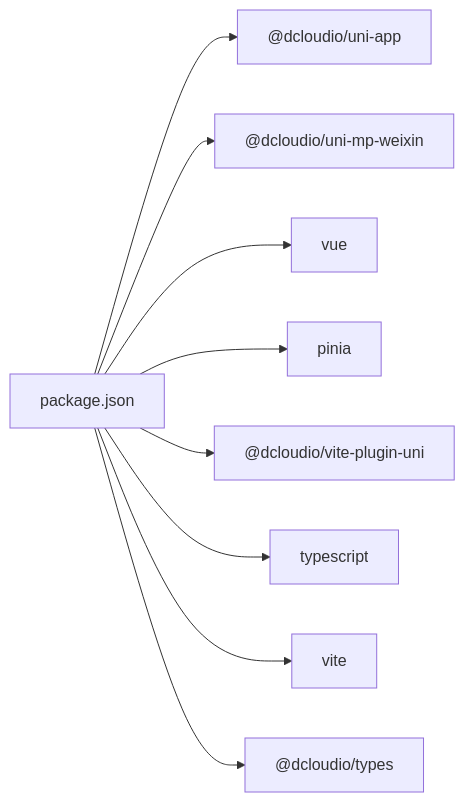
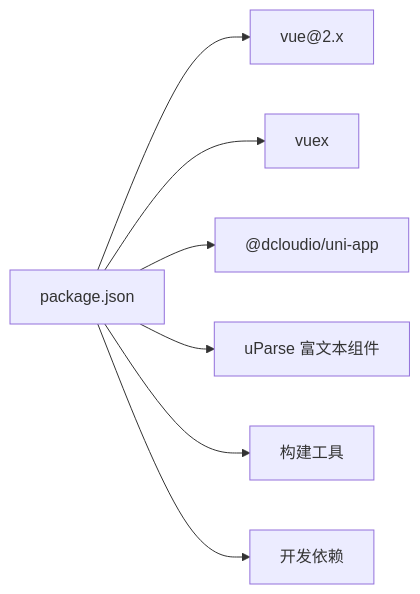
One commit to QtImM/wechatMiniprogram_Store changed the sixth of 6 diagrams in .qoder/repowiki/zh/content/前端架构设计/小程序整体架构.md. Above: the diagram before and after it, drawn with Mermaid. The commit also changed other lines of this file and 109 other files, not shown here.

````diff
--- a/.qoder/repowiki/zh/content/前端架构设计/小程序整体架构.md
+++ b/.qoder/repowiki/zh/content/前端架构设计/小程序整体架构.md
@@ -236,11 +230,9 @@
 ```mermaid
 graph LR
-P["package.json"] --> D1["@dcloudio/uni-app"]
-P --> D2["@dcloudio/uni-mp-weixin"]
-P --> D3["vue"]
-P --> D4["pinia"]
-P --> DD1["@dcloudio/vite-plugin-uni"]
-P --> DD2["typescript"]
-P --> DD3["vite"]
-P --> DD4["@dcloudio/types"]
+P["package.json"] --> D1["vue@2.x"]
+P --> D2["vuex"]
+P --> D3["@dcloudio/uni-app"]
+P --> D4["uParse 富文本组件"]
+P --> DD1["构建工具"]
+P --> DD2["开发依赖"]
 ```
````
